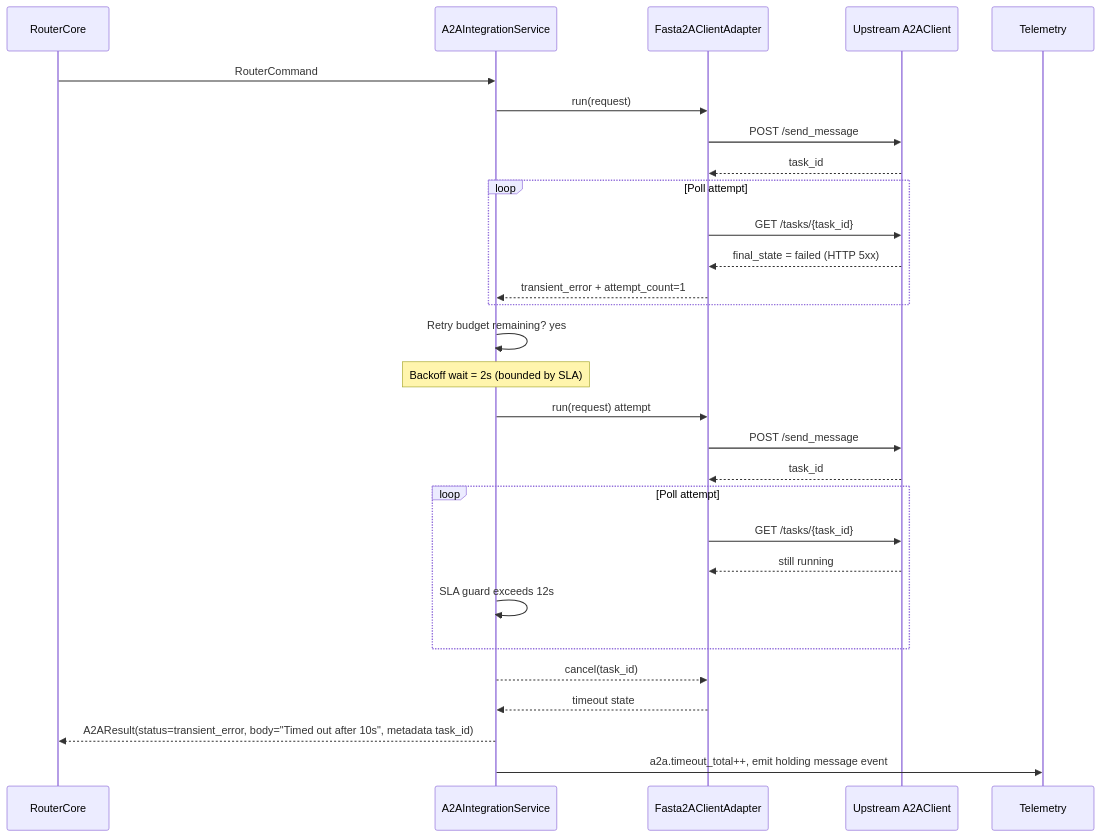
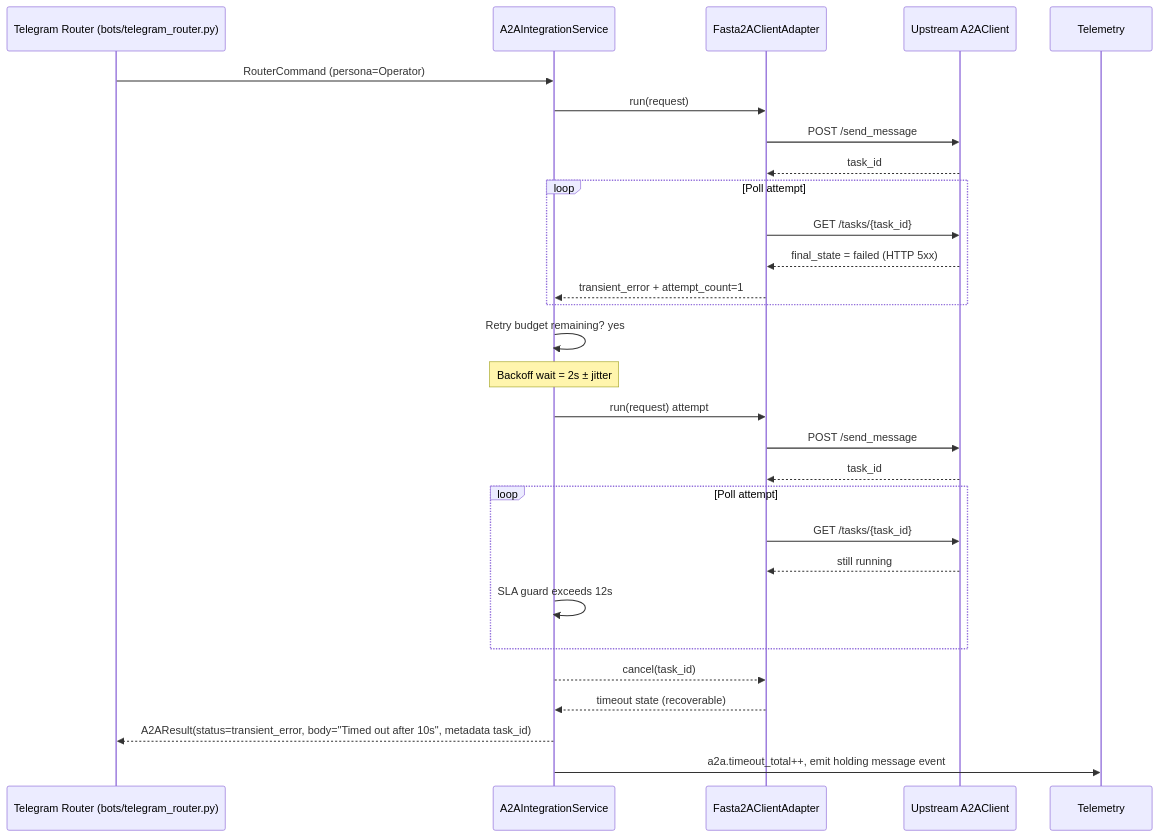
The second of 3 diagrams in output/34/feature2_architecture.md (tbrandenburg/shai), drawn with Mermaid before and after one commit. The commit also changed other lines of this file and 29 other files, not shown here.

````diff
--- a/output/34/feature2_architecture.md
+++ b/output/34/feature2_architecture.md
@@ -153,31 +245,31 @@
 ```mermaid
 sequenceDiagram
-    participant TG as RouterCore
+    participant TG as Telegram Router (bots/telegram_router.py)
     participant INT as A2AIntegrationService
     participant AD as Fasta2AClientAdapter
     participant A2A as Upstream A2AClient
 
-    TG->>INT: RouterCommand
+    TG->>INT: RouterCommand (persona=Operator)
     INT->>AD: run(request)
     AD->>A2A: POST /send_message
     A2A-->>AD: task_id
     loop Poll attempt #1
         AD->>A2A: GET /tasks/{task_id}
         A2A-->>AD: final_state = failed (HTTP 5xx)
         AD-->>INT: transient_error + attempt_count=1
     end
     INT->>INT: Retry budget remaining? yes
-    Note over INT: Backoff wait = 2s (bounded by SLA)
+    Note over INT: Backoff wait = 2s ± jitter
     INT->>AD: run(request) attempt #2
     AD->>A2A: POST /send_message
     A2A-->>AD: task_id
     loop Poll attempt #2
         AD->>A2A: GET /tasks/{task_id}
         A2A-->>AD: still running
         INT->>INT: SLA guard exceeds 12s
     end
     INT-->>AD: cancel(task_id)
-    AD-->>INT: timeout state
+    AD-->>INT: timeout state (recoverable)
     INT-->>TG: A2AResult(status=transient_error, body="Timed out after 10s", metadata task_id)
     INT->>Telemetry: a2a.timeout_total++, emit holding message event
 ```
````
